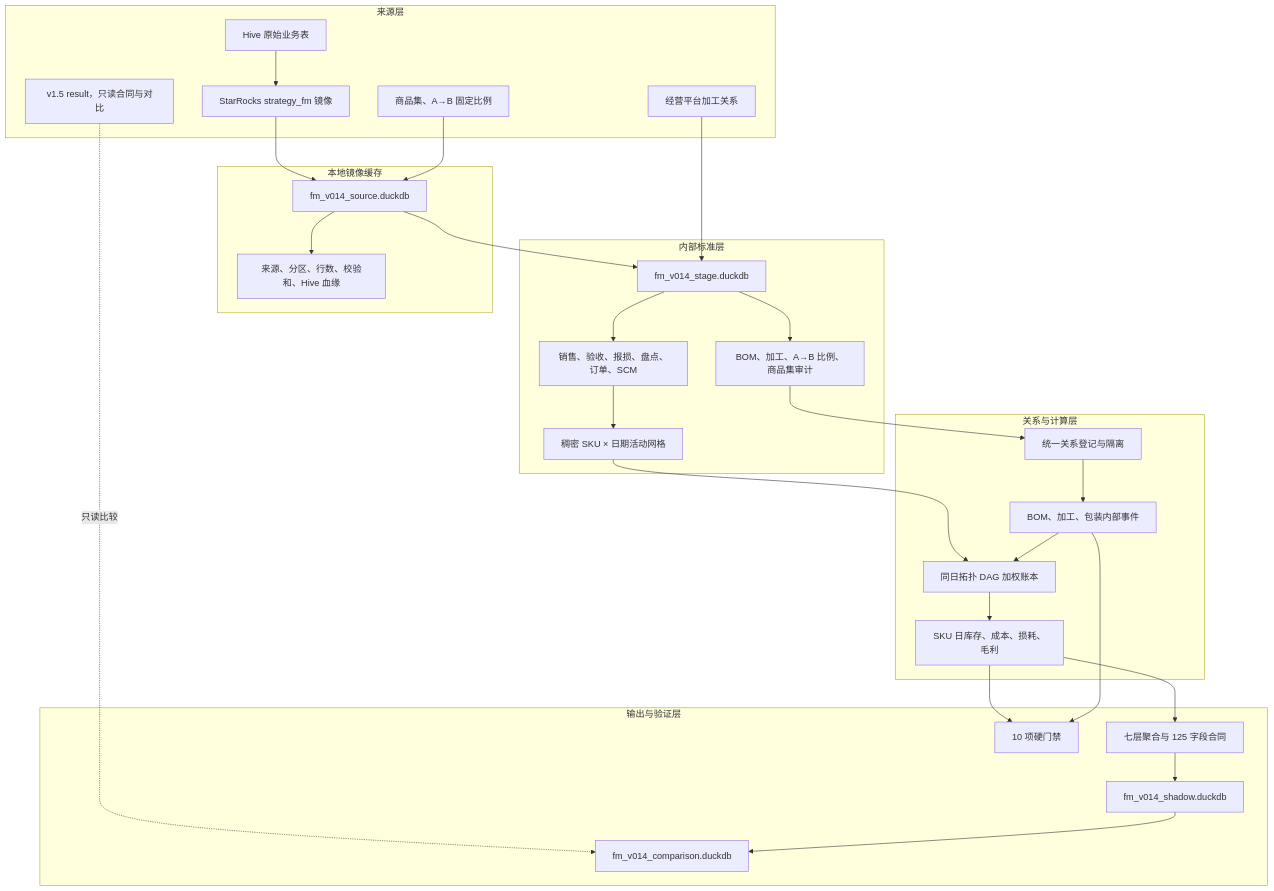
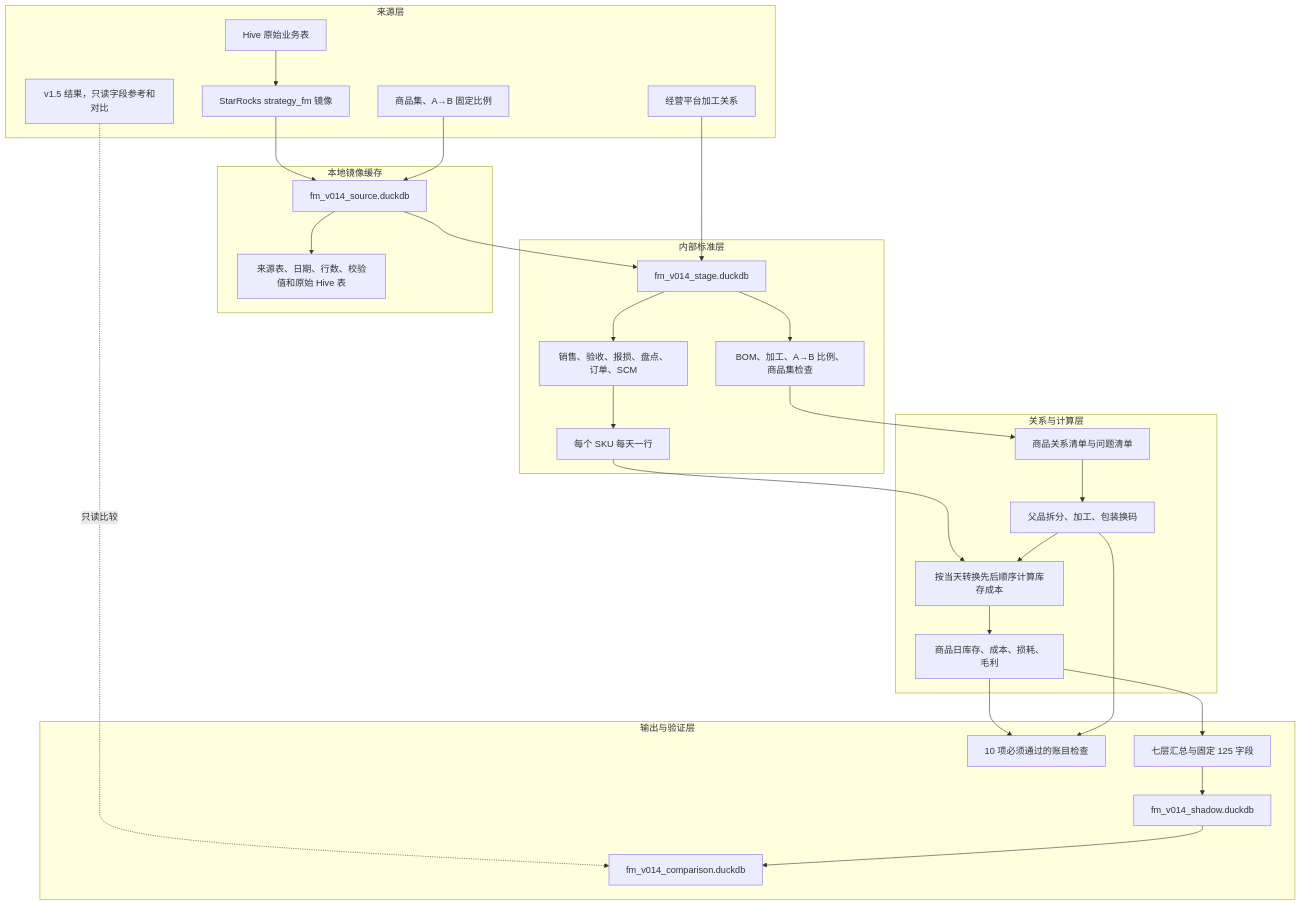
Before and after one commit to kate636/cuihua-data: the first of 8 diagrams in fmetl/README.md, drawn with Mermaid. The commit also changed other lines of this file and 8 other files, not shown here.

````diff
--- a/fmetl/README.md
+++ b/fmetl/README.md
@@ -50,57 +73,57 @@
 ```mermaid
 flowchart TB
     subgraph SOURCE["来源层"]
         HIVE["Hive 原始业务表"]
         MIRROR["StarRocks strategy_fm 镜像"]
         AUX["商品集、A→B 固定比例"]
         PROC["经营平台加工关系"]
-        V15["v1.5 result，只读合同与对比"]
+        V15["v1.5 结果，只读字段参考和对比"]
         HIVE --> MIRROR
     end
 
     subgraph CACHE["本地镜像缓存"]
         SOURCE_DB["fm_v014_source.duckdb"]
-        MANIFEST["来源、分区、行数、校验和、Hive 血缘"]
+        MANIFEST["来源表、日期、行数、校验值和原始 Hive 表"]
     end
 
     subgraph STAGE["内部标准层"]
         STAGE_DB["fm_v014_stage.duckdb"]
         FACTS["销售、验收、报损、盘点、订单、SCM"]
-        REL_INPUT["BOM、加工、A→B 比例、商品集审计"]
-        GRID["稠密 SKU × 日期活动网格"]
+        REL_INPUT["BOM、加工、A→B 比例、商品集检查"]
+        GRID["每个 SKU 每天一行"]
     end
 
     subgraph CALC["关系与计算层"]
-        REGISTRY["统一关系登记与隔离"]
-        EVENTS["BOM、加工、包装内部事件"]
-        LEDGER["同日拓扑 DAG 加权账本"]
-        DAILY["SKU 日库存、成本、损耗、毛利"]
+        REGISTRY["商品关系清单与问题清单"]
+        EVENTS["父品拆分、加工、包装换码"]
+        LEDGER["按当天转换先后顺序计算库存成本"]
+        DAILY["商品日库存、成本、损耗、毛利"]
     end
 
     subgraph OUTPUT["输出与验证层"]
-        LEVELS["七层聚合与 125 字段合同"]
+        LEVELS["七层汇总与固定 125 字段"]
         SHADOW["fm_v014_shadow.duckdb"]
-        GATES["10 项硬门禁"]
+        GATES["10 项必须通过的账目检查"]
         COMPARE["fm_v014_comparison.duckdb"]
     end
 
     MIRROR --> SOURCE_DB
     AUX --> SOURCE_DB
     PROC --> STAGE_DB
     SOURCE_DB --> MANIFEST
     SOURCE_DB --> STAGE_DB
     STAGE_DB --> FACTS
     STAGE_DB --> REL_INPUT
     FACTS --> GRID
     REL_INPUT --> REGISTRY
     REGISTRY --> EVENTS
     GRID --> LEDGER
     EVENTS --> LEDGER
     LEDGER --> DAILY
     DAILY --> LEVELS
     LEVELS --> SHADOW
     DAILY --> GATES
     EVENTS --> GATES
     V15 -.->|只读比较| COMPARE
     SHADOW --> COMPARE
 ```
````
